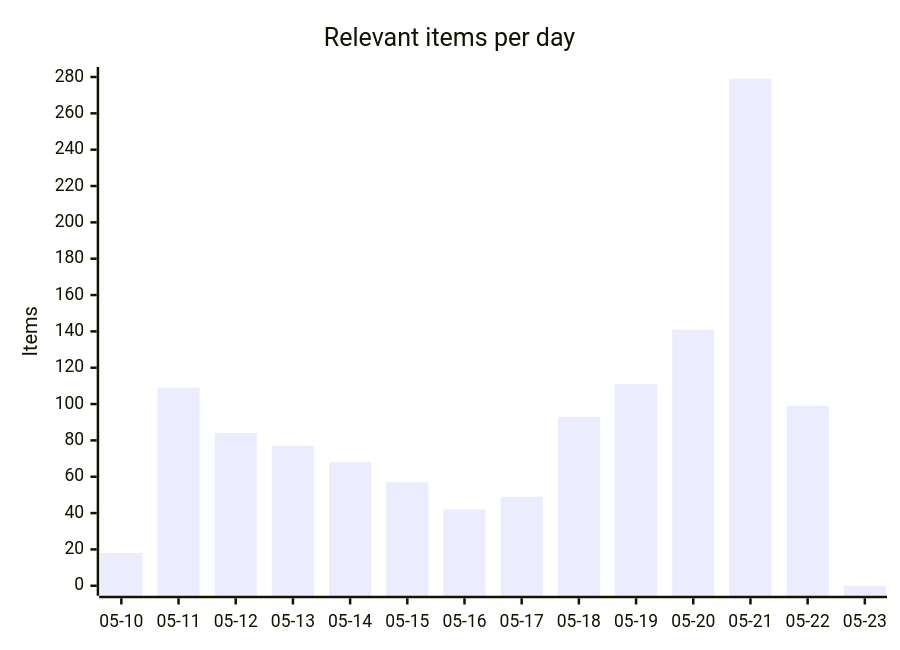
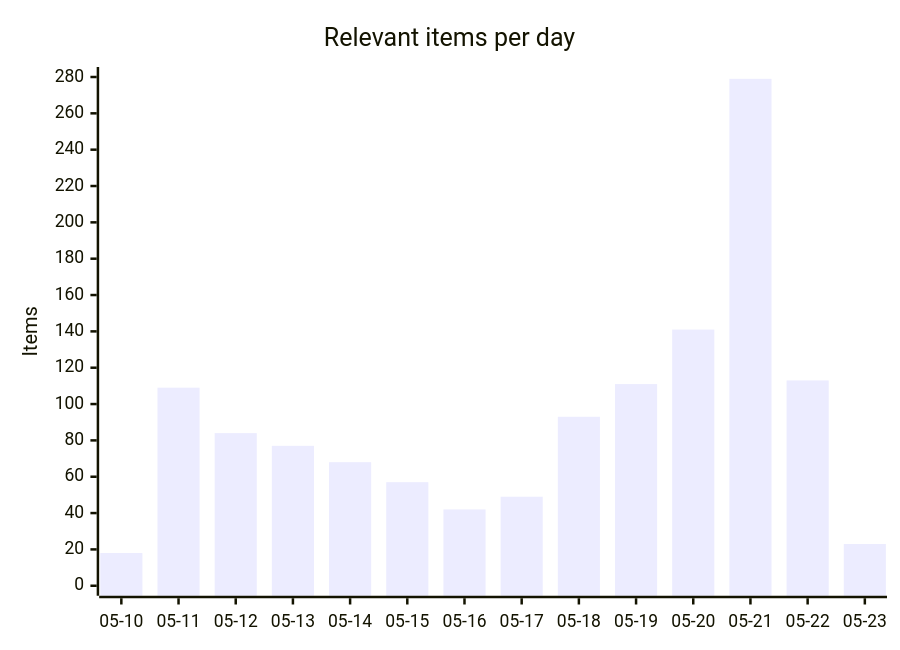
The first of 4 diagrams in README.md (martinbalfanz/social-scanner-reports), drawn with Mermaid before and after one commit. The commit also changed other lines of this file and 4 other files, not shown here.

````diff
--- a/README.md
+++ b/README.md
@@ -30,7 +30,7 @@
 ```mermaid
 xychart-beta
     title "Relevant items per day"
     x-axis ["05-10", "05-11", "05-12", "05-13", "05-14", "05-15", "05-16", "05-17", "05-18", "05-19", "05-20", "05-21", "05-22", "05-23"]
     y-axis "Items" 0 --> 280
-    bar [18, 109, 84, 77, 68, 57, 42, 49, 93, 111, 141, 279, 99, 0]
+    bar [18, 109, 84, 77, 68, 57, 42, 49, 93, 111, 141, 279, 113, 23]
 ```
````
